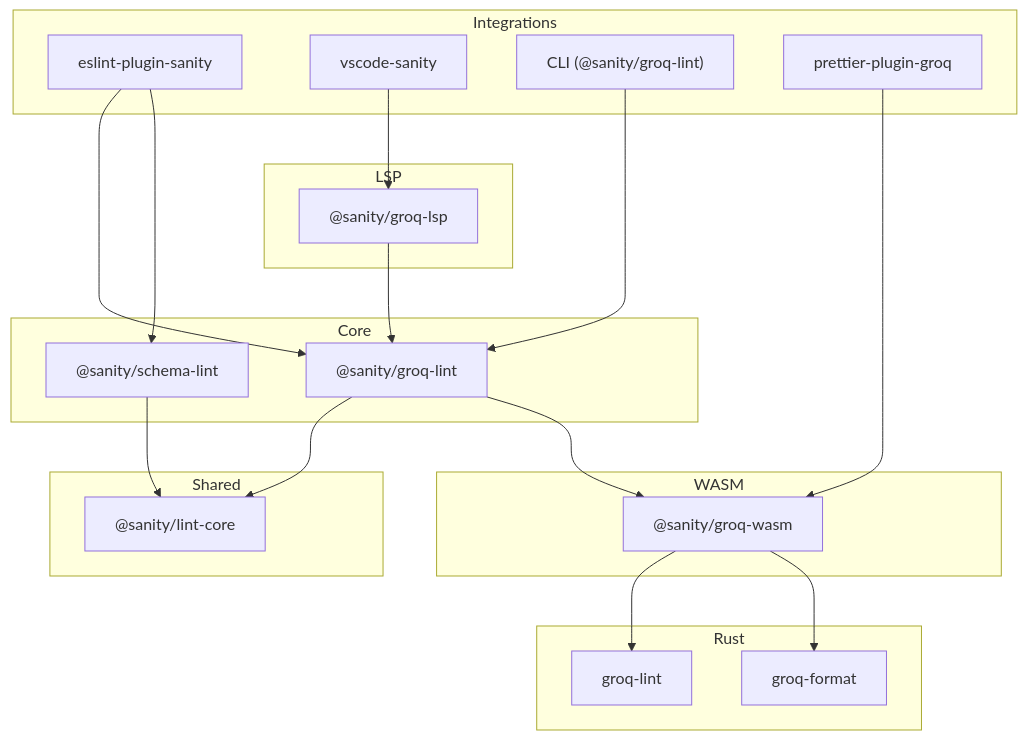
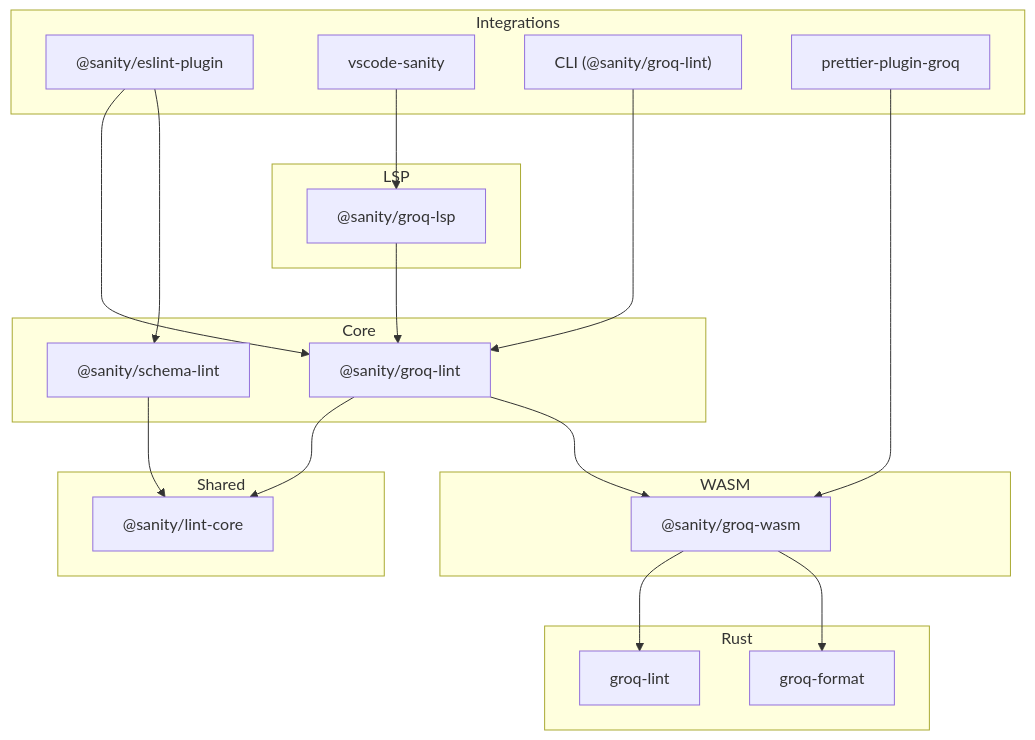
Before and after one commit to sanity-io/sanity-lint: the diagram in README.md, drawn with Mermaid. The commit also changed other lines of this file and 3 other files, not shown here.

First line of the commit message:
refactor: rename eslint-plugin-sanity to @sanity/eslint-plugin (#23)

````diff
--- a/README.md
+++ b/README.md
@@ -139,46 +139,46 @@
 ```mermaid
 flowchart TB
     subgraph Integrations
-        eslint[eslint-plugin-sanity]
+        eslint["@sanity/eslint-plugin"]
         vscode[vscode-sanity]
         cli["CLI (@sanity/groq-lint)"]
         prettier[prettier-plugin-groq]
     end
 
     subgraph LSP
         lsp["@sanity/groq-lsp"]
     end
 
     subgraph Core
         groqlint["@sanity/groq-lint"]
         schemalint["@sanity/schema-lint"]
     end
 
     subgraph Shared
         core["@sanity/lint-core"]
     end
 
     subgraph WASM
         wasm["@sanity/groq-wasm"]
     end
 
     subgraph Rust
         rustlint[groq-lint]
         rustfmt[groq-format]
     end
 
     eslint --> groqlint
     eslint --> schemalint
     vscode --> lsp
     cli --> groqlint
     prettier --> wasm
 
     lsp --> groqlint
 
     groqlint --> core
     schemalint --> core
     groqlint --> wasm
 
     wasm --> rustlint
     wasm --> rustfmt
 ```
````
